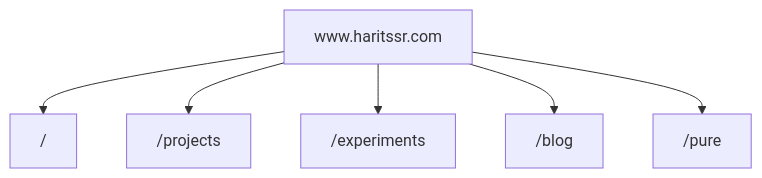
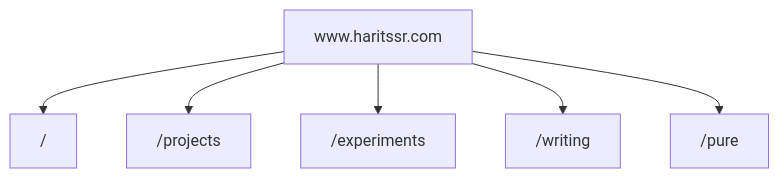
The diagram in README.md (haritssr/haritssr), drawn with Mermaid before and after one commit. The commit also changed other lines of this file and 16 other files, not shown here.

Commit message:
refactor(writing): rename blog routes and content

````diff
--- a/README.md
+++ b/README.md
@@ -12,10 +12,10 @@
 ```mermaid
 %%{init: {'flowchart': {'curve': 'basis'}} }%%
 graph TD
   haritssr["www.haritssr.com"]
   haritssr --> home["/"]
   haritssr --> projects["/projects"]
   haritssr --> experiments["/experiments"]
-  haritssr --> blog["/blog"]
+  haritssr --> writing["/writing"]
   haritssr --> pure["/pure"]
 ```
````
